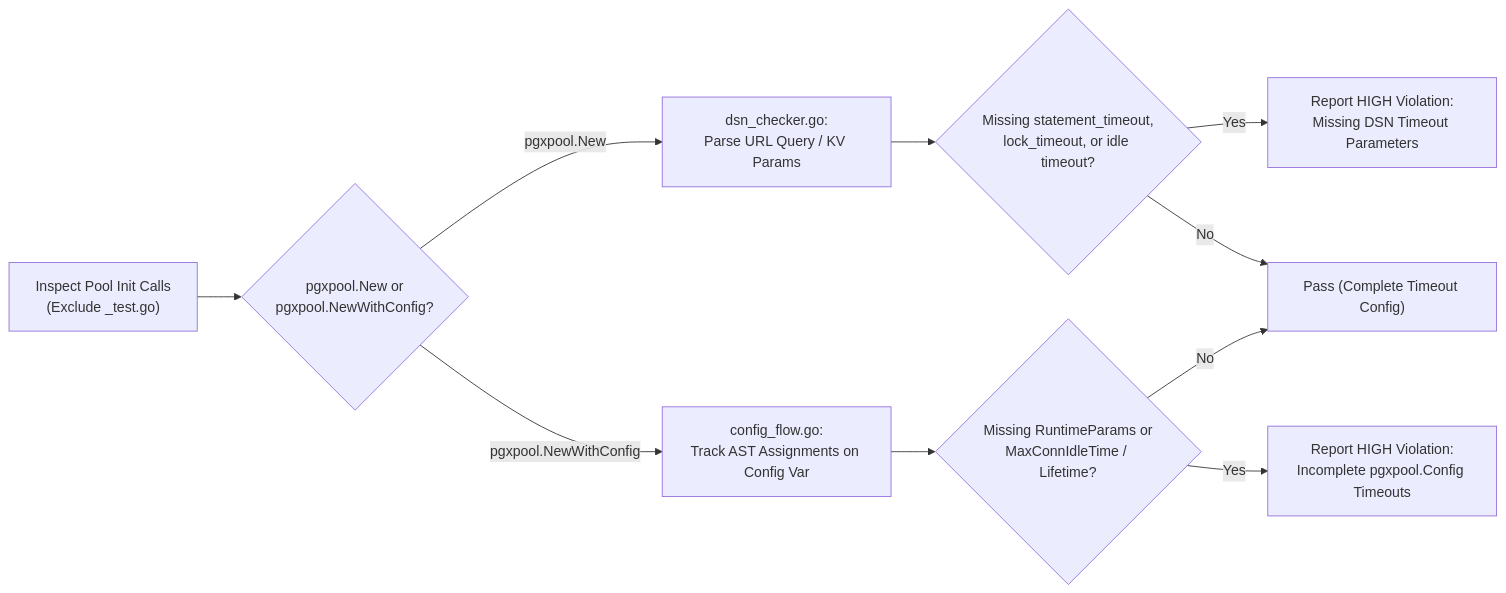
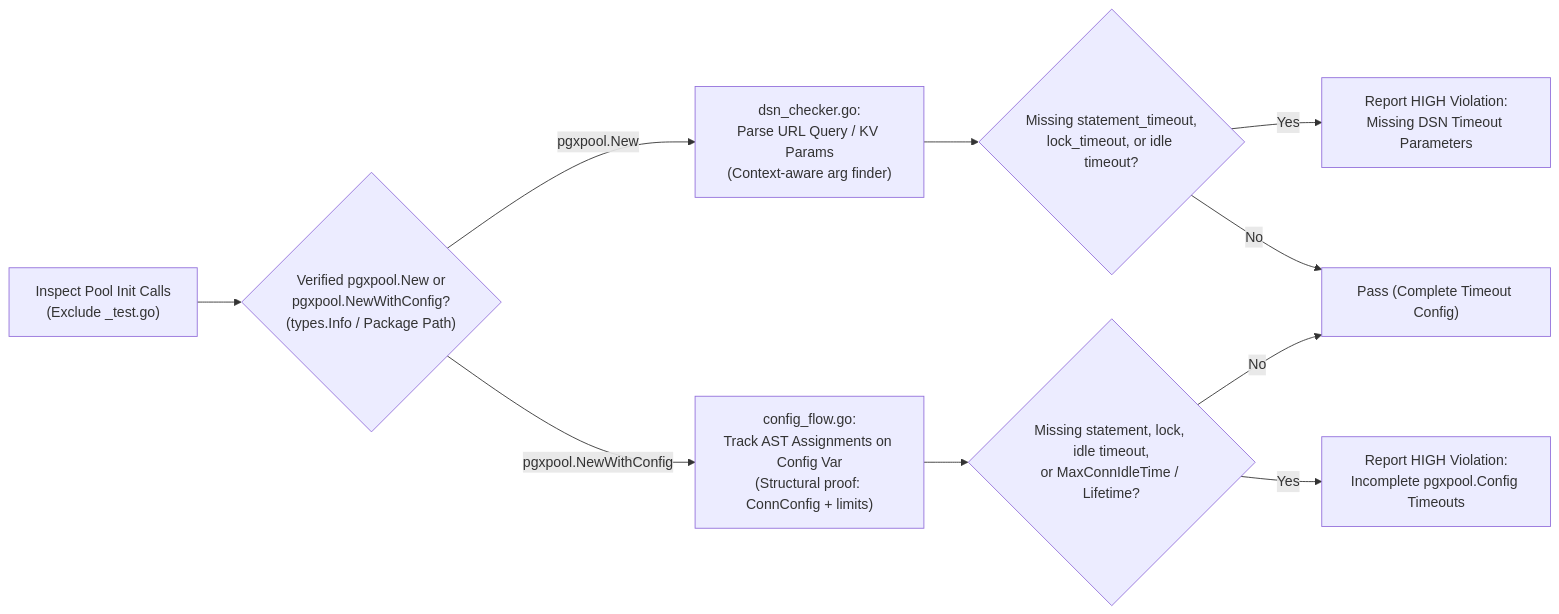
One commit to will2469/argus changed the second of 2 diagrams in wiki/ARGUS-A12.md. Above: the diagram before and after it, drawn with Mermaid. The commit also changed other lines of this file and 8 other files, not shown here.

Commit message:
feat(a12): implement semantic type identity, idle_in_transaction enforcement, and robust dsn resolution

````diff
--- a/wiki/ARGUS-A12.md
+++ b/wiki/ARGUS-A12.md
@@ -61,12 +61,12 @@
 ```mermaid
 flowchart LR
-    Scan["Inspect Pool Init Calls<br/>(Exclude _test.go)"] --> CallType{"pgxpool.New or<br/>pgxpool.NewWithConfig?"}
-    CallType -->|pgxpool.New| CheckDSN["dsn_checker.go:<br/>Parse URL Query / KV Params"]
-    CallType -->|pgxpool.NewWithConfig| CheckFlow["config_flow.go:<br/>Track AST Assignments on Config Var"]
+    Scan["Inspect Pool Init Calls<br/>(Exclude _test.go)"] --> CallType{"Verified pgxpool.New or<br/>pgxpool.NewWithConfig?<br/>(types.Info / Package Path)"}
+    CallType -->|pgxpool.New| CheckDSN["dsn_checker.go:<br/>Parse URL Query / KV Params<br/>(Context-aware arg finder)"]
+    CallType -->|pgxpool.NewWithConfig| CheckFlow["config_flow.go:<br/>Track AST Assignments on Config Var<br/>(Structural proof: ConnConfig + limits)"]
     CheckDSN --> DSNMissing{"Missing statement_timeout,<br/>lock_timeout, or idle timeout?"}
-    CheckFlow --> StructMissing{"Missing RuntimeParams or<br/>MaxConnIdleTime / Lifetime?"}
+    CheckFlow --> StructMissing{"Missing statement, lock, idle timeout,<br/>or MaxConnIdleTime / Lifetime?"}
     DSNMissing -->|Yes| ReportDSN["Report HIGH Violation:<br/>Missing DSN Timeout Parameters"]
     StructMissing -->|Yes| ReportStruct["Report HIGH Violation:<br/>Incomplete pgxpool.Config Timeouts"]
     DSNMissing -->|No| Pass["Pass (Complete Timeout Config)"]
     StructMissing -->|No| Pass
 ```
````
